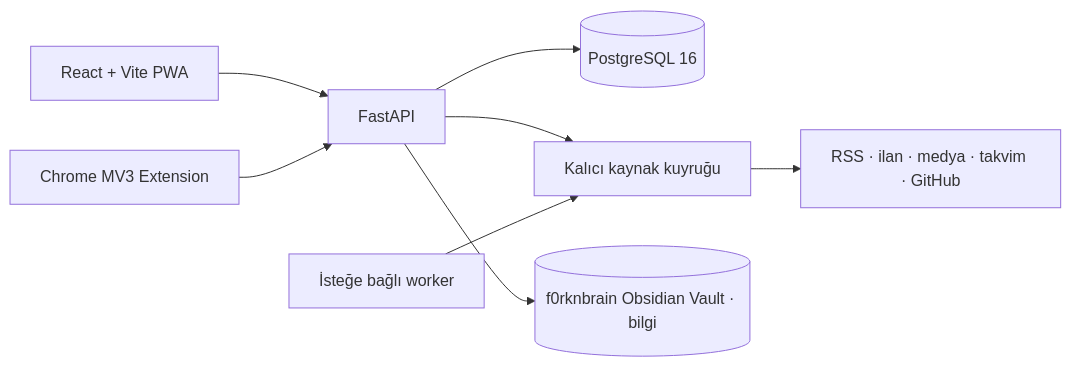
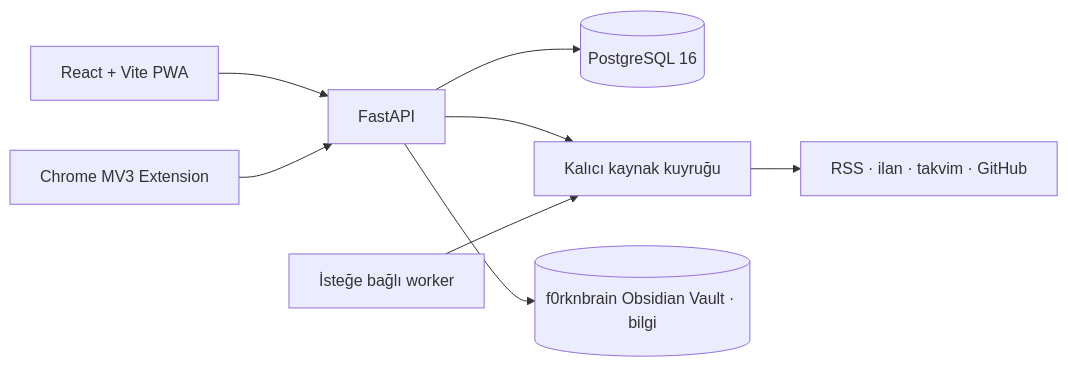
One commit to f0rknturkoglu/forkOS changed the diagram in README.md. Above: the diagram before and after it, drawn with Mermaid. The commit also changed other lines of this file and 92 other files, not shown here.

````diff
--- a/README.md
+++ b/README.md
@@ -45,10 +45,10 @@
 ```mermaid
 flowchart LR
     Browser[React + Vite PWA] --> API[FastAPI]
     Extension[Chrome MV3 Extension] --> API
     API --> DB[(PostgreSQL 16)]
     API --> Queue[Kalıcı kaynak kuyruğu]
     Worker[İsteğe bağlı worker] --> Queue
-    Queue --> Sources[RSS · ilan · medya · takvim · GitHub]
+    Queue --> Sources[RSS · ilan · takvim · GitHub]
     API --> Vault[(f0rknbrain Obsidian Vault · bilgi)]
 ```
````
